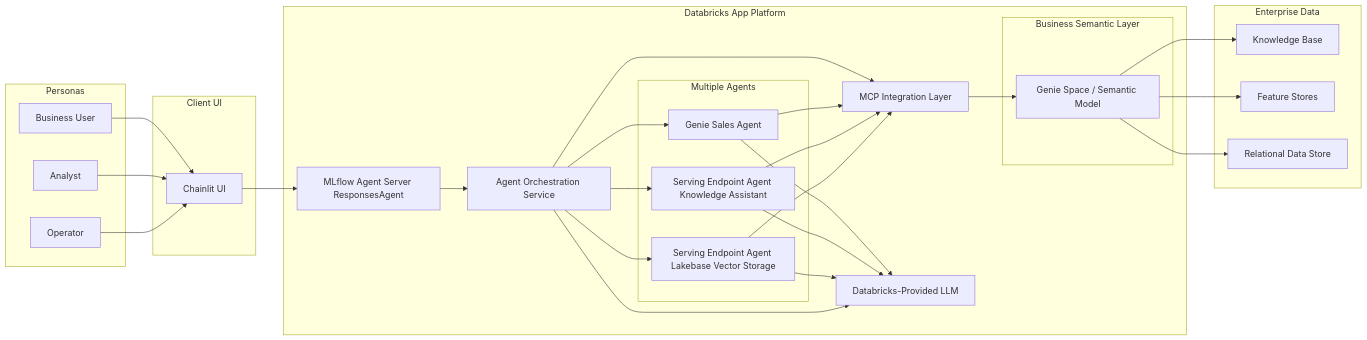
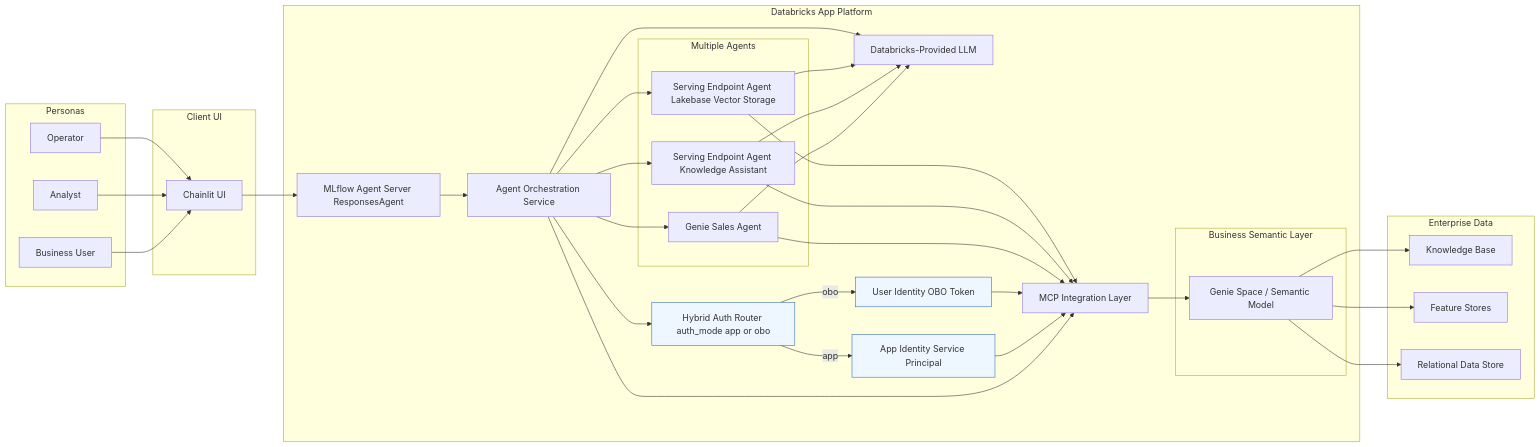
One commit to wchen-dea/Multi-Agent-App-On-Databricks changed the first of 2 diagrams in docs/architecture.md. Above: the diagram before and after it, drawn with Mermaid. The commit also changed other lines of this file, not shown here.

````diff
--- a/docs/architecture.md
+++ b/docs/architecture.md
@@ -61,60 +61,72 @@
 ```mermaid
 flowchart LR
     subgraph Personas[Personas]
         P1[Business User]
         P2[Analyst]
         P3[Operator]
     end
 
     subgraph Client[Client UI]
         UI[Chainlit UI]
     end
 
     subgraph Platform[Databricks App Platform]
         AS[MLflow Agent Server ResponsesAgent]
         ORCH[Agent Orchestration Service]
+        AUTH[Hybrid Auth Router auth_mode app or obo]
         MCP[MCP Integration Layer]
         LLM[Databricks-Provided LLM]
+
+        APPID[App Identity Service Principal]
+        OBOID[User Identity OBO Token]
 
         subgraph Agents[Multiple Agents]
             A1[Genie Sales Agent]
             A2[Serving Endpoint Agent Knowledge Assistant]
             A3[Serving Endpoint Agent Lakebase Vector Storage]
         end
 
         subgraph Semantic[Business Semantic Layer]
             BSL[Genie Space / Semantic Model]
         end
     end
 
     subgraph Data[Enterprise Data]
         KB[Knowledge Base]
         FS[Feature Stores]
         RDS[Relational Data Store]
     end
 
     P1 --> UI
     P2 --> UI
     P3 --> UI
 
     UI --> AS
     AS --> ORCH
+    ORCH --> AUTH
+    AUTH -->|app| APPID
+    AUTH -->|obo| OBOID
     ORCH --> A1
     ORCH --> A2
     ORCH --> A3
 
     A1 --> LLM
     A2 --> LLM
     A3 --> LLM
     ORCH --> LLM
 
     ORCH --> MCP
+    APPID --> MCP
+    OBOID --> MCP
     MCP --> BSL
     BSL --> KB
     BSL --> FS
     BSL --> RDS
 
     A1 --> MCP
     A2 --> MCP
     A3 --> MCP
+
+    classDef auth fill:#eef7ff,stroke:#2b6cb0,stroke-width:1px;
+    class AUTH,APPID,OBOID auth;
 ```
````
